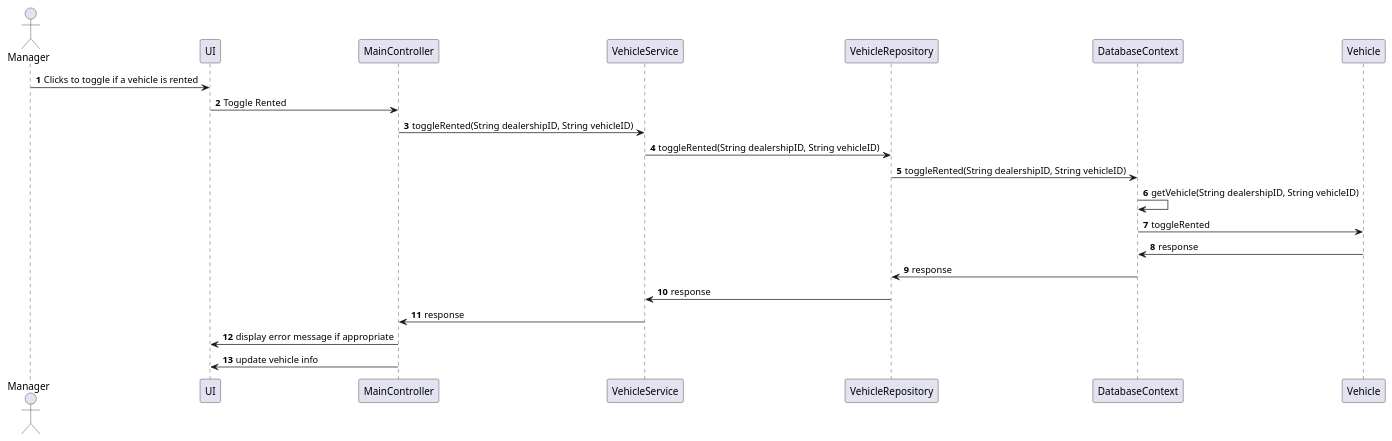
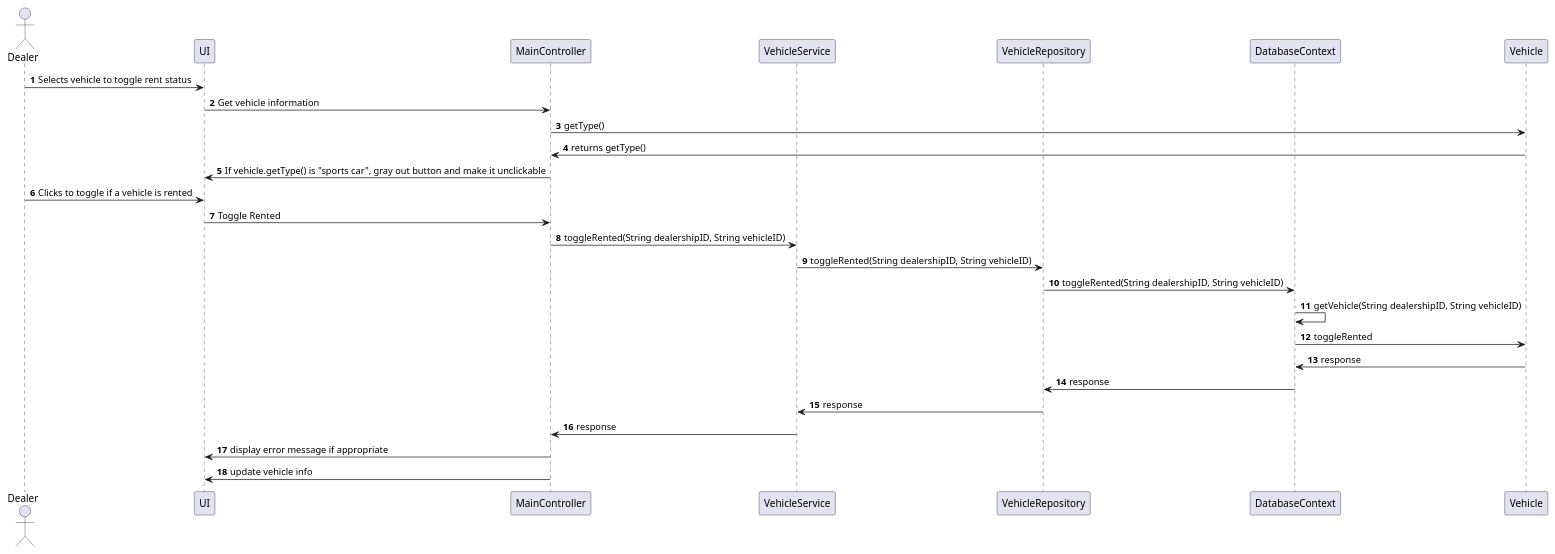
One commit to joatansampaio/project-1-tracking-system changed the diagram in src/diagrams/sequence/SetRented.puml. Above: the diagram before and after it, drawn with PlantUML. The commit also changed 2 other files, not shown here.

Commit message:
Updated sequence diagram & use case for feature 1 along with software requirements.

```diff
--- a/src/diagrams/sequence/SetRented.puml
+++ b/src/diagrams/sequence/SetRented.puml
@@ -1,27 +1,34 @@
 @startuml
 'https://plantuml.com/sequence-diagram
 'WIP
 autonumber
 
-actor Manager
+actor Dealer
 participant UI
 participant MainController
 participant VehicleService
 participant VehicleRepository
 participant DatabaseContext
 participant Vehicle
 
-Manager -> UI: Clicks to toggle if a vehicle is rented
+Dealer -> UI: Selects vehicle to toggle rent status
+UI -> MainController: Get vehicle information
+MainController -> Vehicle: getType()
+Vehicle -> MainController: returns getType()
+MainController -> UI: If vehicle.getType() is "sports car", gray out button and make it unclickable
+
+
+Dealer -> UI: Clicks to toggle if a vehicle is rented
 UI -> MainController: Toggle Rented
 MainController -> VehicleService: toggleRented(String dealershipID, String vehicleID)
 VehicleService -> VehicleRepository: toggleRented(String dealershipID, String vehicleID)
 VehicleRepository -> DatabaseContext: toggleRented(String dealershipID, String vehicleID)
 DatabaseContext -> DatabaseContext: getVehicle(String dealershipID, String vehicleID)
 DatabaseContext -> Vehicle: toggleRented
 Vehicle -> DatabaseContext: response
 DatabaseContext -> VehicleRepository: response
 VehicleRepository -> VehicleService: response
 VehicleService -> MainController: response
 MainController -> UI: display error message if appropriate
 MainController -> UI: update vehicle info
 @enduml
```
